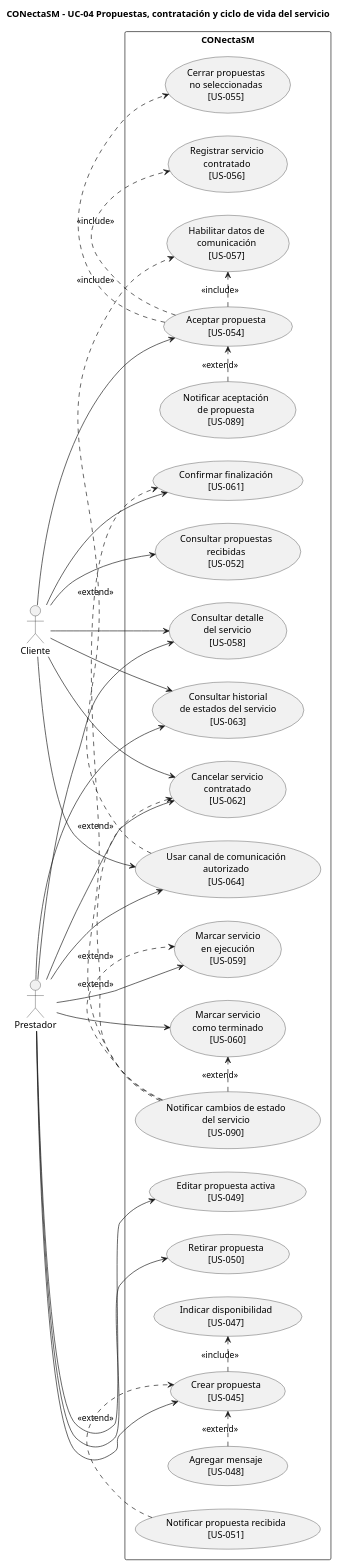
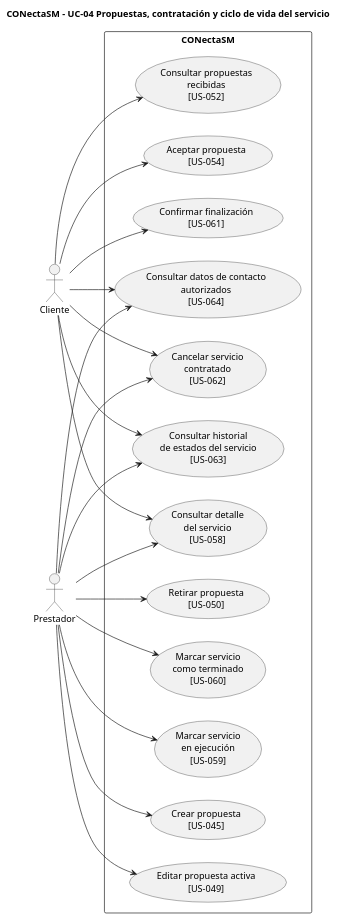
Before and after one commit to JsMartinez-dev/proyecto-diseno-ingenieria: the diagram in FASE-4-Prototipar/08-Casos-de-Uso/Caso-de-uso-4/04_propuestas_servicio.puml, drawn with PlantUML. The commit also changed 13 other files, not shown here.

First line of the commit message:
Corrige los diagramas de casos de uso

```diff
--- a/FASE-4-Prototipar/08-Casos-de-Uso/Caso-de-uso-4/04_propuestas_servicio.puml
+++ b/FASE-4-Prototipar/08-Casos-de-Uso/Caso-de-uso-4/04_propuestas_servicio.puml
@@ -1,72 +1,46 @@
 @startuml
 title CONectaSM - UC-04 Propuestas, contratación y ciclo de vida del servicio
 left to right direction
 skinparam packageStyle rectangle
 skinparam shadowing false
 
 actor "Cliente" as Cliente
 actor "Prestador" as Prestador
 
 rectangle "CONectaSM" {
   usecase "Crear propuesta\n[US-045]" as UC039
-  usecase "Indicar disponibilidad\n[US-047]" as UC040
-  usecase "Agregar mensaje\n[US-048]" as UC041
   usecase "Editar propuesta activa\n[US-049]" as UC042
   usecase "Retirar propuesta\n[US-050]" as UC043
-  usecase "Notificar propuesta recibida\n[US-051]" as UC044
 
   usecase "Consultar propuestas\nrecibidas\n[US-052]" as UC045
   usecase "Aceptar propuesta\n[US-054]" as UC046
-  usecase "Cerrar propuestas\nno seleccionadas\n[US-055]" as UC047
-
-  usecase "Registrar servicio\ncontratado\n[US-056]" as UC048
-  usecase "Habilitar datos de\ncomunicación\n[US-057]" as UC049
   usecase "Consultar detalle\ndel servicio\n[US-058]" as UC050
   usecase "Marcar servicio\nen ejecución\n[US-059]" as UC051
   usecase "Marcar servicio\ncomo terminado\n[US-060]" as UC052
   usecase "Confirmar finalización\n[US-061]" as UC053
   usecase "Cancelar servicio\ncontratado\n[US-062]" as UC054
   usecase "Consultar historial\nde estados del servicio\n[US-063]" as UC055
-  usecase "Usar canal de comunicación\nautorizado\n[US-064]" as UC056
-
-  usecase "Notificar aceptación\nde propuesta\n[US-089]" as UC057
-  usecase "Notificar cambios de estado\ndel servicio\n[US-090]" as UC058
+  usecase "Consultar datos de contacto\nautorizados\n[US-064]" as UC056
 }
 
 Prestador --> UC039
 Prestador --> UC042
 Prestador --> UC043
 Prestador --> UC050
 Prestador --> UC051
 
 Prestador --> UC052
 Prestador --> UC054
 Prestador --> UC055
 Prestador --> UC056
 
 Cliente --> UC045
 Cliente --> UC046
 Cliente --> UC050
 Cliente --> UC053
 Cliente --> UC054
 Cliente --> UC055
 Cliente --> UC056
 
 
-UC039 .> UC040 : <<include>>
-UC041 .> UC039 : <<extend>>
-UC044 .> UC039 : <<extend>>
-
-UC046 .> UC047 : <<include>>
-UC046 .> UC048 : <<include>>
-UC046 .> UC049 : <<include>>
-UC057 .> UC046 : <<extend>>
-UC056 .> UC049 : <<extend>>
-
-
-UC058 .> UC051 : <<extend>>
-UC058 .> UC052 : <<extend>>
-UC058 .> UC053 : <<extend>>
-UC058 .> UC054 : <<extend>>
-
 @enduml
```
